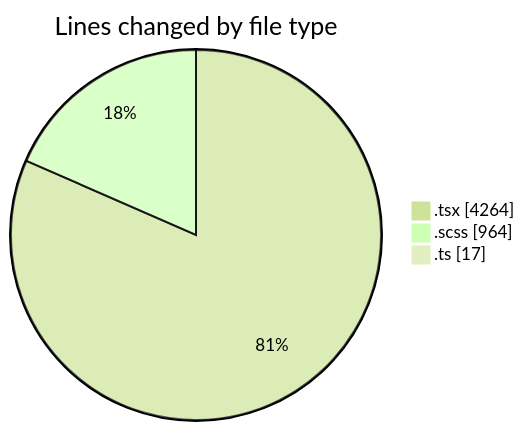
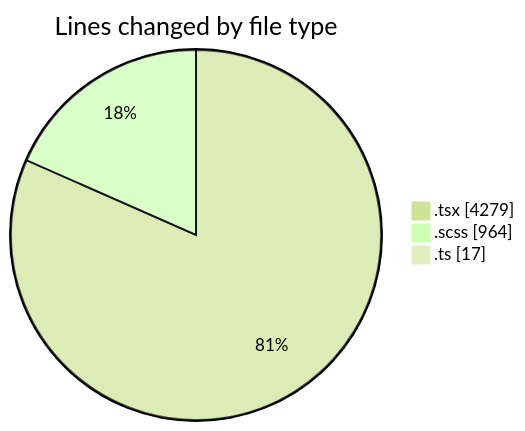
The first of 2 diagrams in 2025-09-19/cda/README.md (momahboobian/code-tracking), drawn with Mermaid (forest theme) before and after one commit. The commit also changed other lines of this file and 1 other file, not shown here.

````diff
--- a/2025-09-19/cda/README.md
+++ b/2025-09-19/cda/README.md
@@ -26,7 +26,7 @@
 ```mermaid
 pie showData
 title Lines changed by file type
-".tsx" : 4264
+".tsx" : 4279
 ".scss" : 964
 ".ts" : 17
 ```
````
